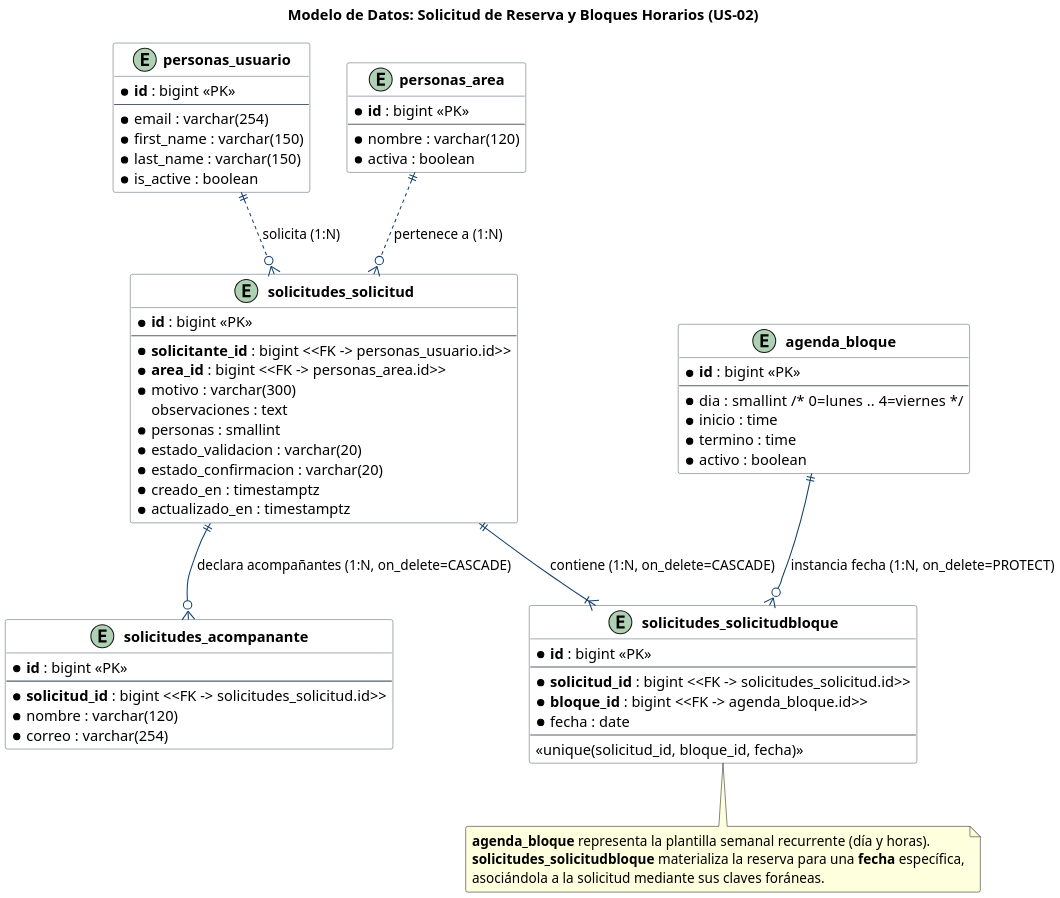
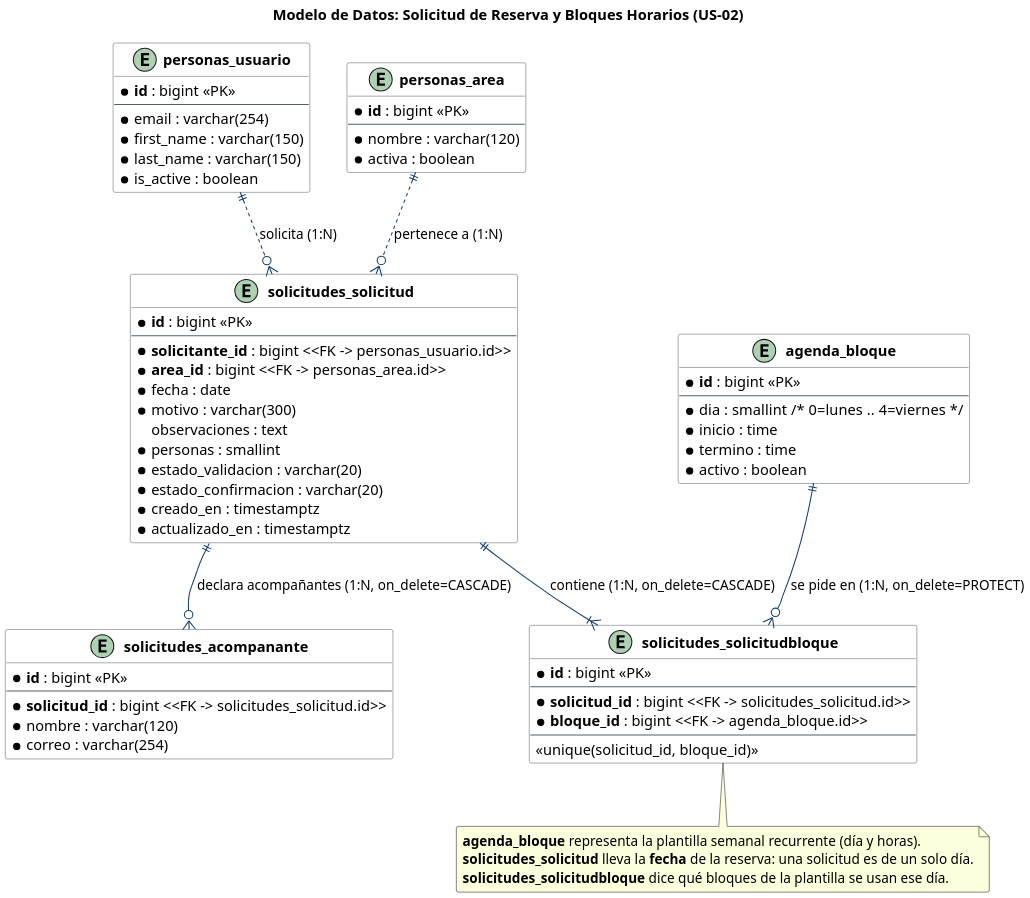
Before and after one commit to darkanthem21/oev-sala-grabacion: the diagram in docs/diagramas/us-02/modelo-datos.puml, drawn with PlantUML. The commit also changed 12 other files, not shown here.

```diff
--- a/docs/diagramas/us-02/modelo-datos.puml
+++ b/docs/diagramas/us-02/modelo-datos.puml
@@ -1,83 +1,83 @@
 @startuml modelo-datos
 skinparam dpi 200
 skinparam shadowing false
 skinparam roundcorner 4
 skinparam class {
     BackgroundColor #FFFFFF
     ArrowColor #123F6D
     BorderColor #52606D
 }
 
 title Modelo de Datos: Solicitud de Reserva y Bloques Horarios (US-02)
 
 entity "<b>personas_usuario</b>" as Usuario {
     * <b>id</b> : bigint <<PK>>
     --
     * email : varchar(254)
     * first_name : varchar(150)
     * last_name : varchar(150)
     * is_active : boolean
 }
 
 entity "<b>personas_area</b>" as Area {
     * <b>id</b> : bigint <<PK>>
     --
     * nombre : varchar(120)
     * activa : boolean
 }
 
 entity "<b>solicitudes_solicitud</b>" as Solicitud {
     * <b>id</b> : bigint <<PK>>
     --
     * <b>solicitante_id</b> : bigint <<FK -> personas_usuario.id>>
     * <b>area_id</b> : bigint <<FK -> personas_area.id>>
+    * fecha : date
     * motivo : varchar(300)
     observaciones : text
     * personas : smallint
     * estado_validacion : varchar(20)
     * estado_confirmacion : varchar(20)
     * creado_en : timestamptz
     * actualizado_en : timestamptz
 }
 
 entity "<b>agenda_bloque</b>" as Bloque {
     * <b>id</b> : bigint <<PK>>
     --
     * dia : smallint  /* 0=lunes .. 4=viernes */
     * inicio : time
     * termino : time
     * activo : boolean
 }
 
 entity "<b>solicitudes_solicitudbloque</b>" as SolicitudBloque {
     * <b>id</b> : bigint <<PK>>
     --
     * <b>solicitud_id</b> : bigint <<FK -> solicitudes_solicitud.id>>
     * <b>bloque_id</b> : bigint <<FK -> agenda_bloque.id>>
-    * fecha : date
     --
-    <<unique(solicitud_id, bloque_id, fecha)>>
+    <<unique(solicitud_id, bloque_id)>>
 }
 
 entity "<b>solicitudes_acompanante</b>" as Acompanante {
     * <b>id</b> : bigint <<PK>>
     --
     * <b>solicitud_id</b> : bigint <<FK -> solicitudes_solicitud.id>>
     * nombre : varchar(120)
     * correo : varchar(254)
 }
 
 ' Relaciones y claves foráneas referenciales
 Usuario ||..o{ Solicitud : "solicita (1:N)"
 Area ||..o{ Solicitud : "pertenece a (1:N)"
 Solicitud ||--|{ SolicitudBloque : "contiene (1:N, on_delete=CASCADE)"
-Bloque ||--o{ SolicitudBloque : "instancia fecha (1:N, on_delete=PROTECT)"
+Bloque ||--o{ SolicitudBloque : "se pide en (1:N, on_delete=PROTECT)"
 Solicitud ||--o{ Acompanante : "declara acompañantes (1:N, on_delete=CASCADE)"
 
 note bottom of SolicitudBloque
   <b>agenda_bloque</b> representa la plantilla semanal recurrente (día y horas).
-  <b>solicitudes_solicitudbloque</b> materializa la reserva para una <b>fecha</b> específica,
-  asociándola a la solicitud mediante sus claves foráneas.
+  <b>solicitudes_solicitud</b> lleva la <b>fecha</b> de la reserva: una solicitud es de un solo día.
+  <b>solicitudes_solicitudbloque</b> dice qué bloques de la plantilla se usan ese día.
 end note
 
 @enduml
```
